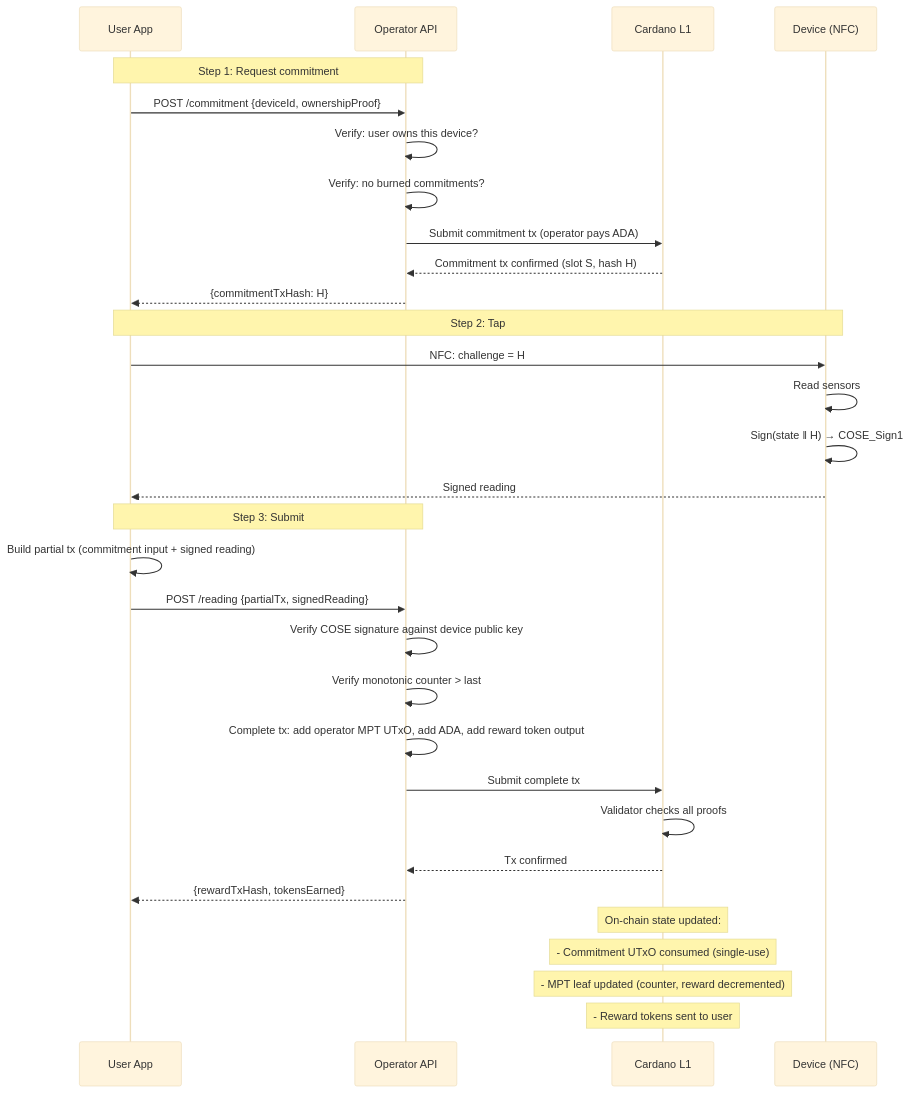
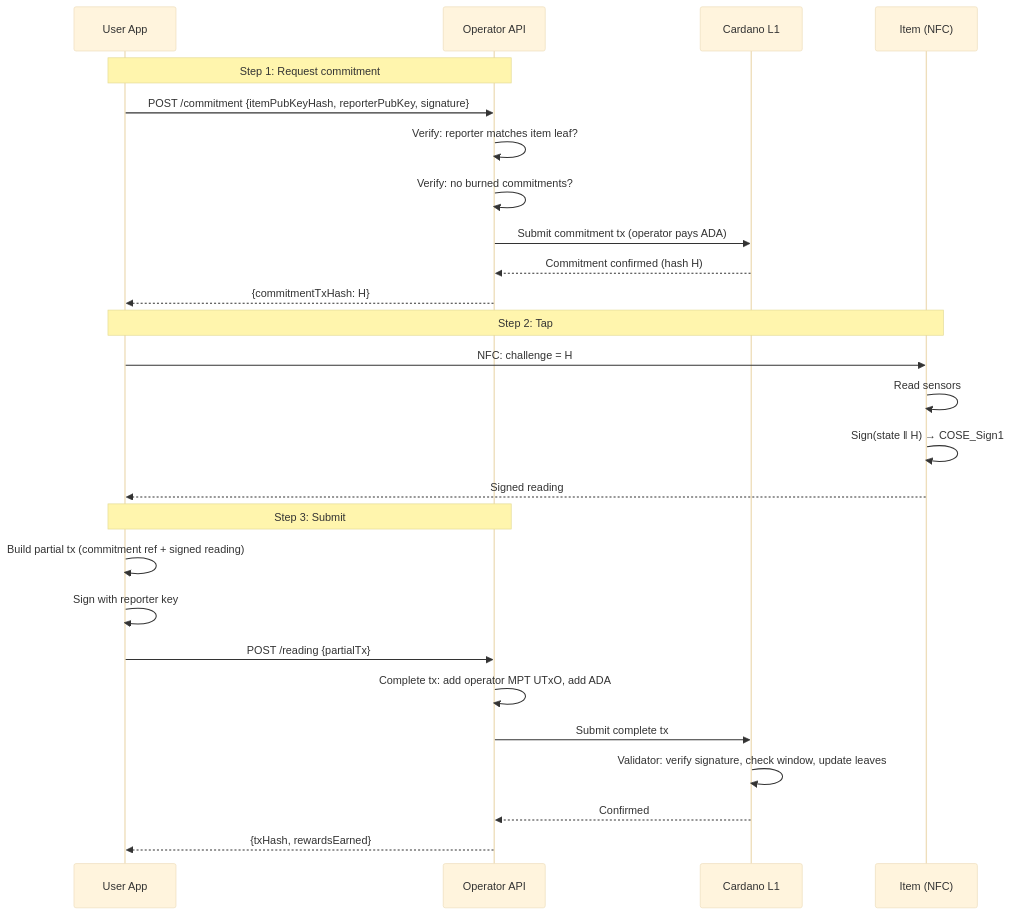
Before and after one commit to lambdasistemi/eu-digital-product-passport: the second of 4 diagrams in docs/cardano/signed-readings.md, drawn with Mermaid (base theme). The commit also changed other lines of this file, not shown here.

Commit message:
feat: refined protocol — item/reporter leaves, no-wallet user, operator tokens, assignment lifecycle

````diff
--- a/docs/cardano/signed-readings.md
+++ b/docs/cardano/signed-readings.md
@@ -95,37 +142,31 @@
 ```mermaid
 sequenceDiagram
     participant U as User App
     participant O as Operator API
     participant C as Cardano L1
-    participant D as Device (NFC)
+    participant I as Item (NFC)
 
     Note over U,O: Step 1: Request commitment
-    U->>O: POST /commitment {deviceId, ownershipProof}
-    O->>O: Verify: user owns this device?
+    U->>O: POST /commitment {itemPubKeyHash, reporterPubKey, signature}
+    O->>O: Verify: reporter matches item leaf?
     O->>O: Verify: no burned commitments?
     O->>C: Submit commitment tx (operator pays ADA)
-    C-->>O: Commitment tx confirmed (slot S, hash H)
+    C-->>O: Commitment confirmed (hash H)
     O-->>U: {commitmentTxHash: H}
 
-    Note over U,D: Step 2: Tap
-    U->>D: NFC: challenge = H
-    D->>D: Read sensors
-    D->>D: Sign(state ‖ H) → COSE_Sign1
-    D-->>U: Signed reading
+    Note over U,I: Step 2: Tap
+    U->>I: NFC: challenge = H
+    I->>I: Read sensors
+    I->>I: Sign(state ‖ H) → COSE_Sign1
+    I-->>U: Signed reading
 
     Note over U,O: Step 3: Submit
-    U->>U: Build partial tx (commitment input + signed reading)
-    U->>O: POST /reading {partialTx, signedReading}
-    O->>O: Verify COSE signature against device public key
-    O->>O: Verify monotonic counter > last
-    O->>O: Complete tx: add operator MPT UTxO, add ADA, add reward token output
+    U->>U: Build partial tx (commitment ref + signed reading)
+    U->>U: Sign with reporter key
+    U->>O: POST /reading {partialTx}
+    O->>O: Complete tx: add operator MPT UTxO, add ADA
     O->>C: Submit complete tx
-    C->>C: Validator checks all proofs
-    C-->>O: Tx confirmed
-    O-->>U: {rewardTxHash, tokensEarned}
-
-    Note over C: On-chain state updated:
-    Note over C: - Commitment UTxO consumed (single-use)
-    Note over C: - MPT leaf updated (counter, reward decremented)
-    Note over C: - Reward tokens sent to user
+    C->>C: Validator: verify signature, check window, update leaves
+    C-->>O: Confirmed
+    O-->>U: {txHash, rewardsEarned}
 ```
````
